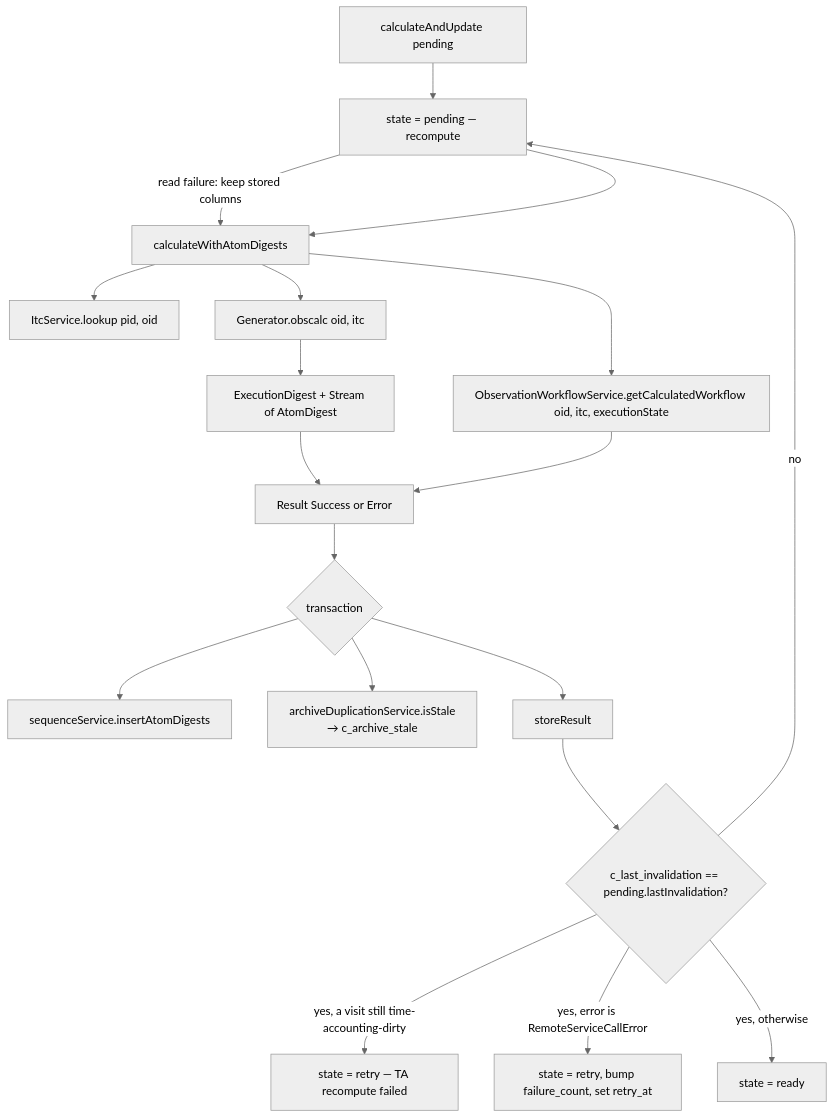
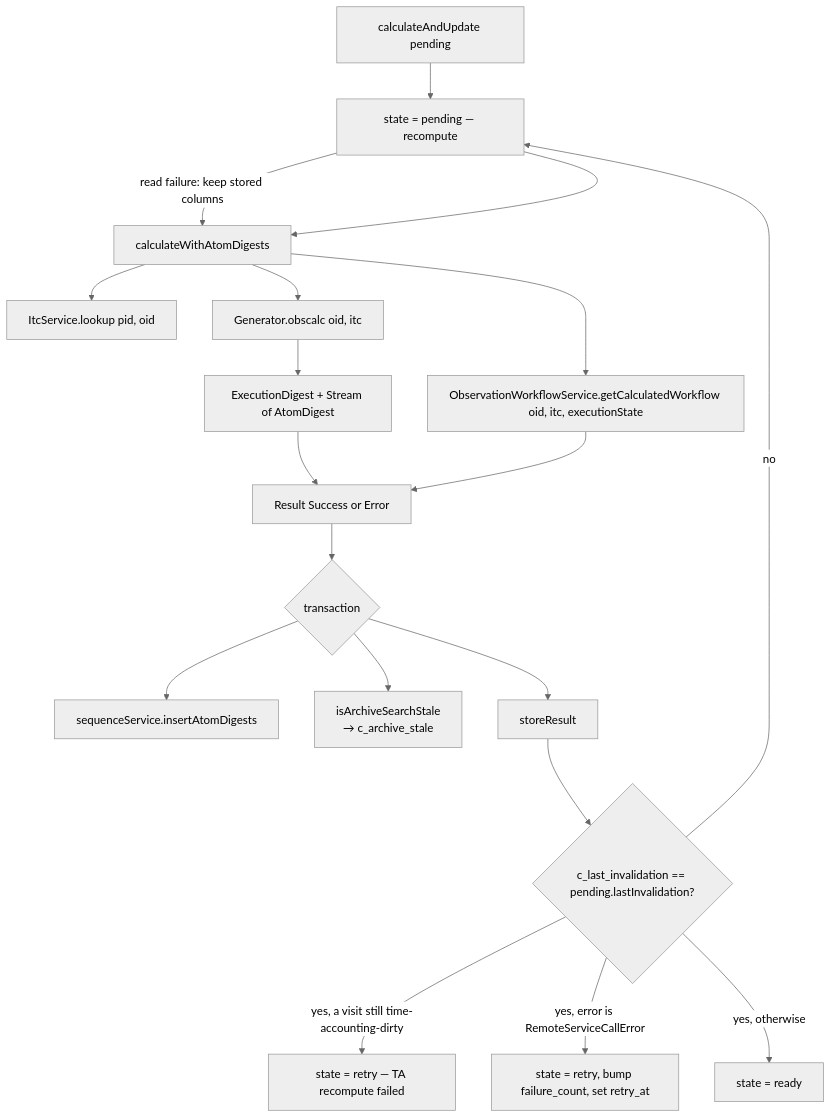
The third of 4 diagrams in modules/obscalc/obscalc-flow.md (gemini-hlsw/lucuma-odb), drawn with Mermaid (neutral theme) before and after one commit. The commit also changed other lines of this file, not shown here.

Commit message:
Fix stale doc

````diff
--- a/modules/obscalc/obscalc-flow.md
+++ b/modules/obscalc/obscalc-flow.md
@@ -129,21 +129,21 @@
 ```mermaid
 flowchart TD
     A[calculateAndUpdate pending] --> BP[computeBasePosition:<br/>explicit base, else J2000 composite]
     BP -->|read failure: keep stored columns| B
     BP --> B[calculateWithAtomDigests]
     B --> I[ItcService.lookup pid, oid]
     B --> G[Generator.obscalc oid, itc]
     G --> D[ExecutionDigest + Stream of AtomDigest]
     B --> W[ObservationWorkflowService.getCalculatedWorkflow oid, itc, executionState]
     D --> R[Result Success or Error]
     W --> R
     R --> T{transaction}
     T --> S1[sequenceService.insertAtomDigests]
-    T --> S15[archiveDuplicationService.isStale<br/>→ c_archive_stale]
+    T --> S15[isArchiveSearchStale<br/>→ c_archive_stale]
     T --> S2[storeResult]
     S2 --> CK{c_last_invalidation == pending.lastInvalidation?}
     CK -->|no| BP[state = pending — recompute]
     CK -->|yes, a visit still time-accounting-dirty| RT2[state = retry — TA recompute failed]
     CK -->|yes, error is RemoteServiceCallError| RT[state = retry, bump failure_count, set retry_at]
     CK -->|yes, otherwise| RD[state = ready]
 ```
````
